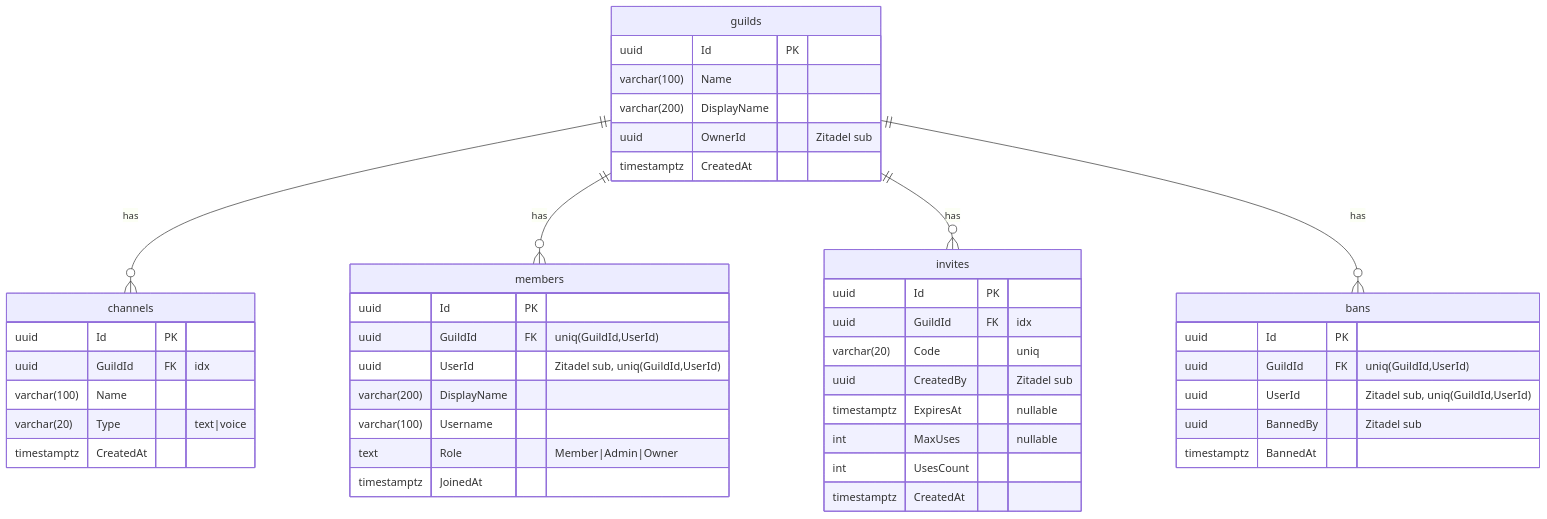
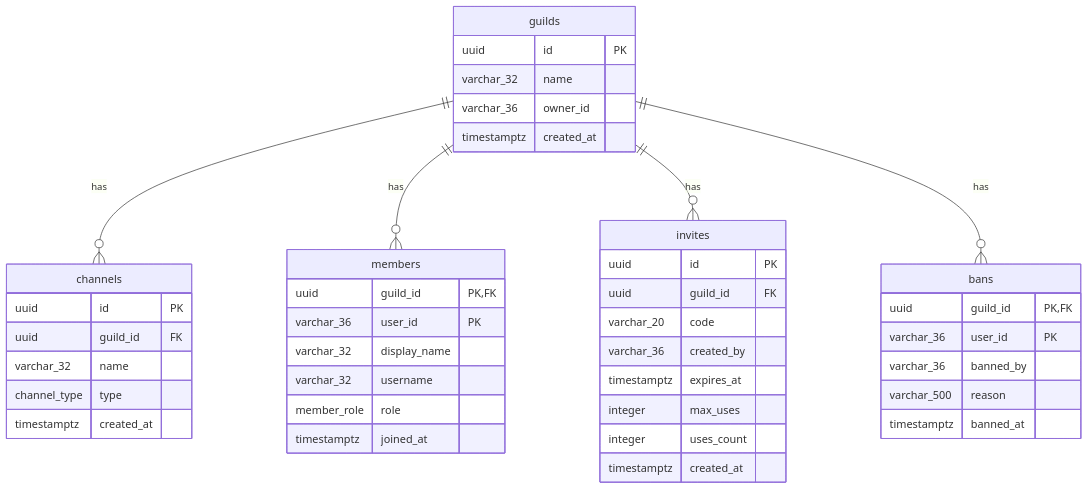
Before and after one commit to nextalkhub/NexTalk: the first of 3 diagrams in docs/schema.md, drawn with Mermaid. The commit also changed other lines of this file and 154 other files, not shown here.

````diff
--- a/docs/schema.md
+++ b/docs/schema.md
@@ -115,52 +101,50 @@
 ```mermaid
 erDiagram
-    guilds ||--o{ channels : "has"
-    guilds ||--o{ members  : "has"
-    guilds ||--o{ invites  : "has"
-    guilds ||--o{ bans     : "has"
+  guilds ||--o{ channels : "has"
+  guilds ||--o{ members  : "has"
+  guilds ||--o{ invites  : "has"
+  guilds ||--o{ bans     : "has"
 
-    guilds {
-        uuid Id PK
-        varchar(100) Name
-        varchar(200) DisplayName
-        uuid OwnerId "Zitadel sub"
-        timestamptz CreatedAt
-    }
+  guilds {
+    uuid        id         PK
+    varchar_32  name
+    varchar_36  owner_id
+    timestamptz created_at
+  }
 
-    channels {
-        uuid Id PK
-        uuid GuildId FK "idx"
-        varchar(100) Name
-        varchar(20) Type "text|voice"
-        timestamptz CreatedAt
-    }
+  channels {
+    uuid         id         PK
+    uuid         guild_id   FK
+    varchar_32  name
+    channel_type type
+    timestamptz  created_at
+  }
 
-    members {
-        uuid Id PK
-        uuid GuildId FK "uniq(GuildId,UserId)"
-        uuid UserId "Zitadel sub, uniq(GuildId,UserId)"
-        varchar(200) DisplayName
-        varchar(100) Username
-        text Role "Member|Admin|Owner"
-        timestamptz JoinedAt
-    }
+  members {
+    uuid       guild_id     PK,FK
+    varchar_36 user_id      PK
+    varchar_32 display_name
+    varchar_32 username
+    member_role role
+    timestamptz joined_at
+  }
 
-    invites {
-        uuid Id PK
-        uuid GuildId FK "idx"
-        varchar(20) Code "uniq"
-        uuid CreatedBy "Zitadel sub"
-        timestamptz ExpiresAt "nullable"
-        int MaxUses "nullable"
-        int UsesCount
-        timestamptz CreatedAt
-    }
+  invites {
+    uuid        id         PK
+    uuid        guild_id   FK
+    varchar_20  code
+    varchar_36  created_by
+    timestamptz expires_at
+    integer     max_uses
+    integer     uses_count
+    timestamptz created_at
+  }
 
-    bans {
-        uuid Id PK
-        uuid GuildId FK "uniq(GuildId,UserId)"
-        uuid UserId "Zitadel sub, uniq(GuildId,UserId)"
-        uuid BannedBy "Zitadel sub"
-        timestamptz BannedAt
-    }
+  bans {
+    uuid        guild_id  PK,FK
+    varchar_36  user_id   PK
+    varchar_36  banned_by
+    varchar_500 reason
+    timestamptz banned_at
+  }
 ```
````
